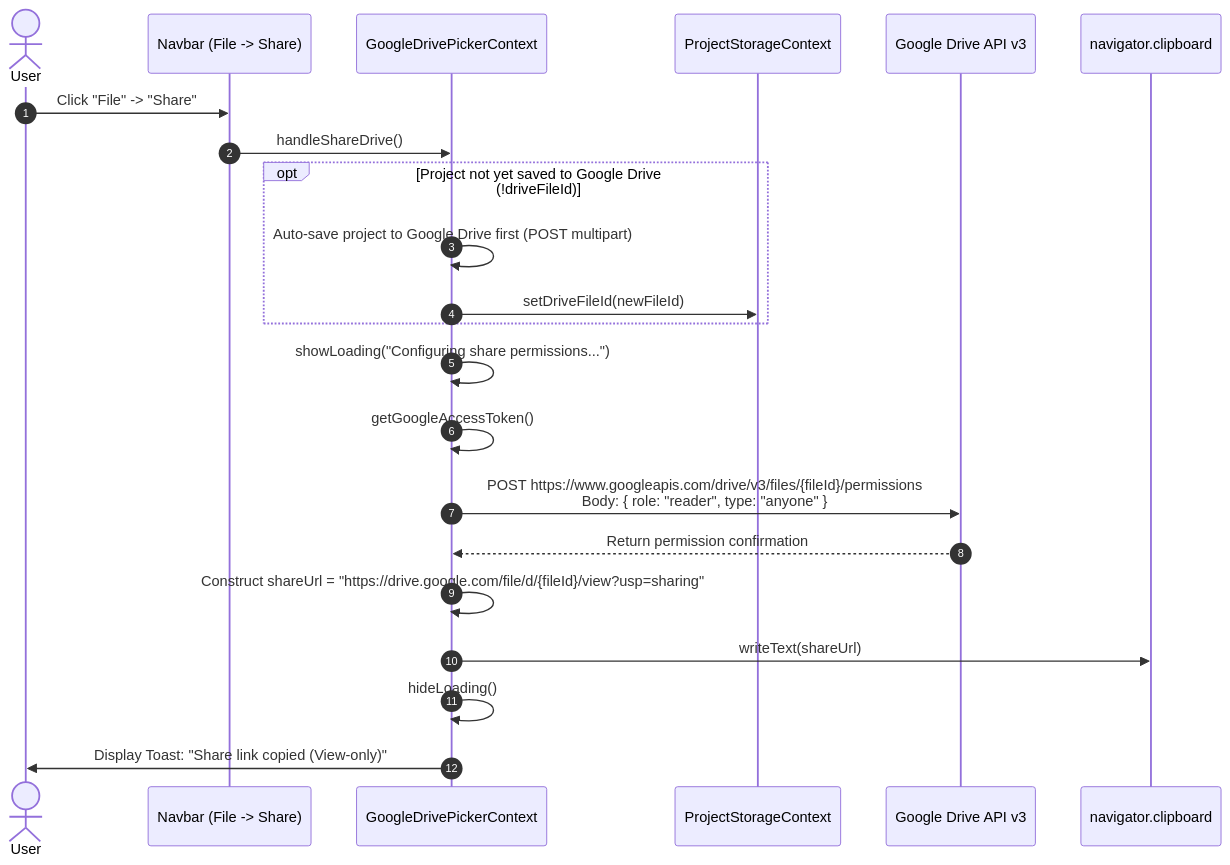
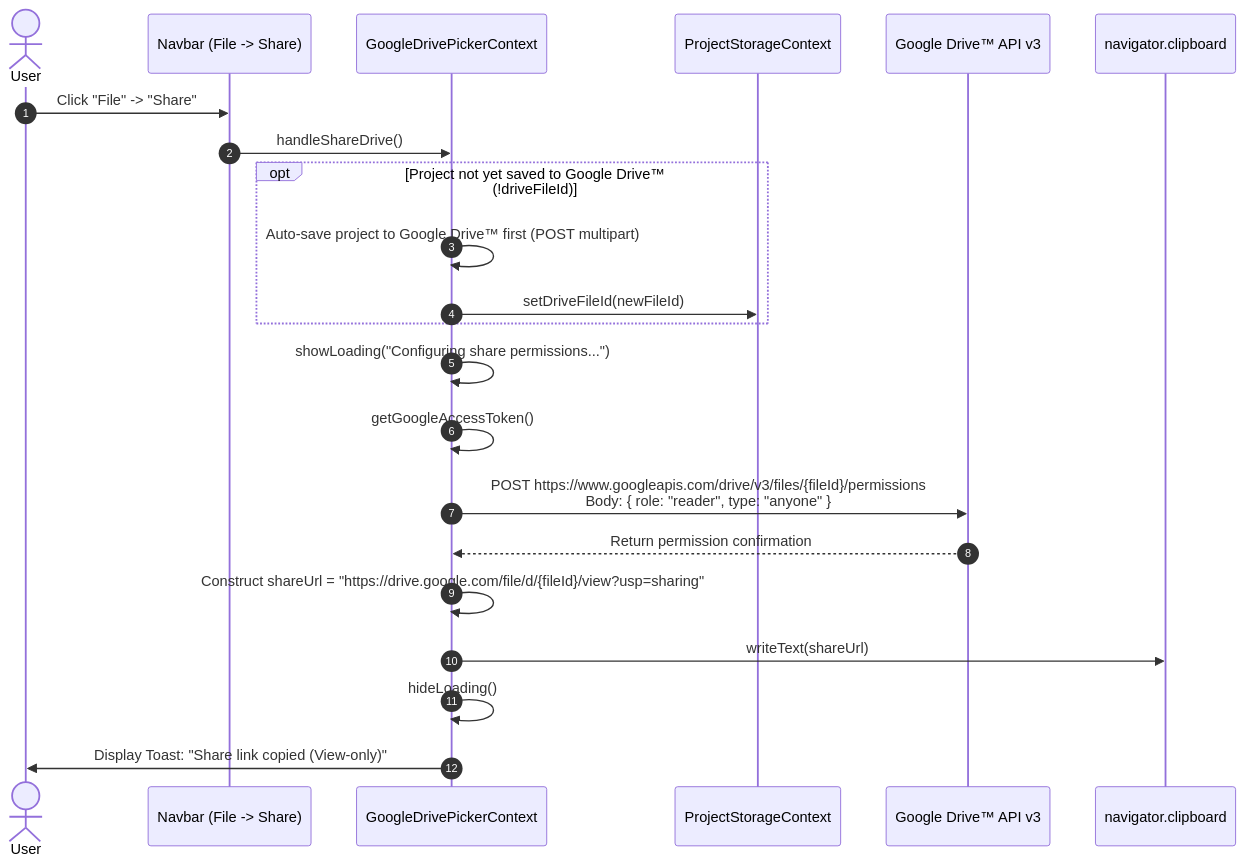
The tenth of 11 diagrams in public/docs/silic-storage.md (helitoo/silic), drawn with Mermaid before and after one commit. The commit also changed other lines of this file and 10 other files, not shown here.

````diff
--- a/public/docs/silic-storage.md
+++ b/public/docs/silic-storage.md
@@ -789,29 +789,29 @@
 ```mermaid
 sequenceDiagram
     autonumber
     actor User as User
     participant Navbar as Navbar (File -> Share)
     participant DriveCtx as GoogleDrivePickerContext
     participant StorageCtx as ProjectStorageContext
-    participant DriveAPI as Google Drive API v3
+    participant DriveAPI as Google Drive™ API v3
     participant Clipboard as navigator.clipboard
 
     User->>Navbar: Click "File" -> "Share"
     Navbar->>DriveCtx: handleShareDrive()
 
-    opt Project not yet saved to Google Drive (!driveFileId)
-        DriveCtx->>DriveCtx: Auto-save project to Google Drive first (POST multipart)
+    opt Project not yet saved to Google Drive™ (!driveFileId)
+        DriveCtx->>DriveCtx: Auto-save project to Google Drive™ first (POST multipart)
         DriveCtx->>StorageCtx: setDriveFileId(newFileId)
     end
 
     DriveCtx->>DriveCtx: showLoading("Configuring share permissions...")
     DriveCtx->>DriveCtx: getGoogleAccessToken()
 
     DriveCtx->>DriveAPI: POST https://www.googleapis.com/drive/v3/files/{fileId}/permissions<br/>Body: { role: "reader", type: "anyone" }
     DriveAPI-->>DriveCtx: Return permission confirmation
 
     DriveCtx->>DriveCtx: Construct shareUrl = "https://drive.google.com/file/d/{fileId}/view?usp=sharing"
     DriveCtx->>Clipboard: writeText(shareUrl)
     DriveCtx->>DriveCtx: hideLoading()
     DriveCtx->>User: Display Toast: "Share link copied (View-only)"
 ```
````
